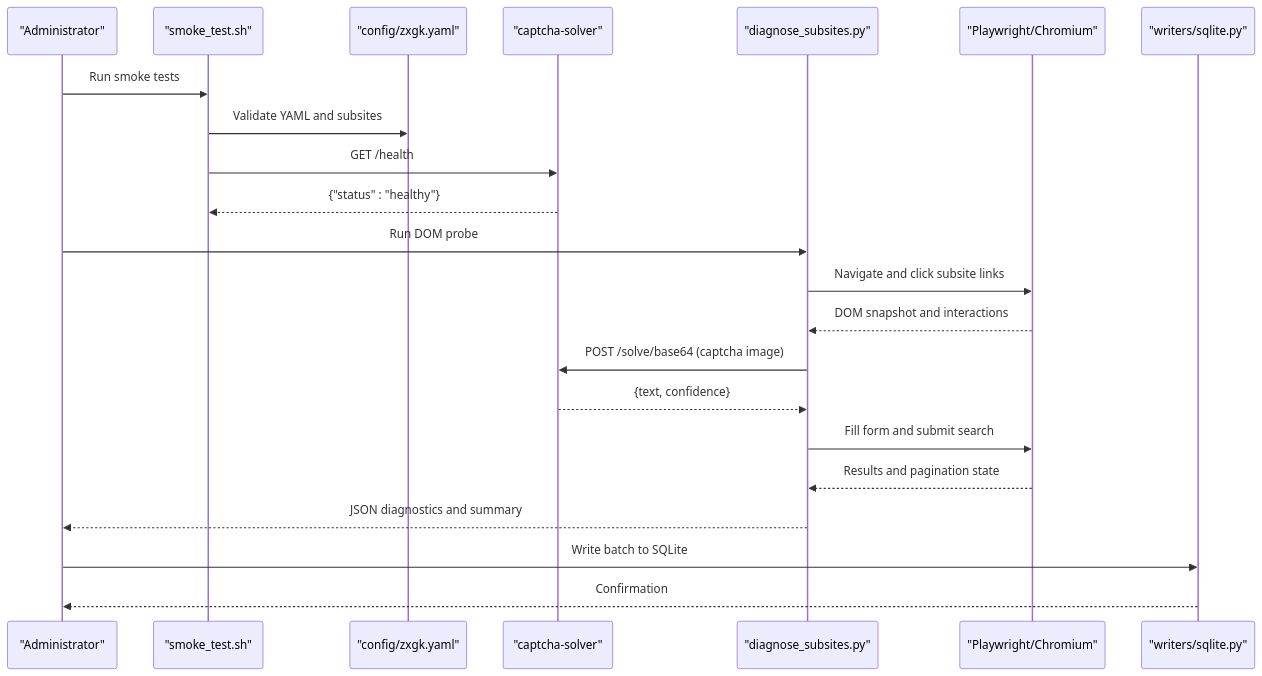
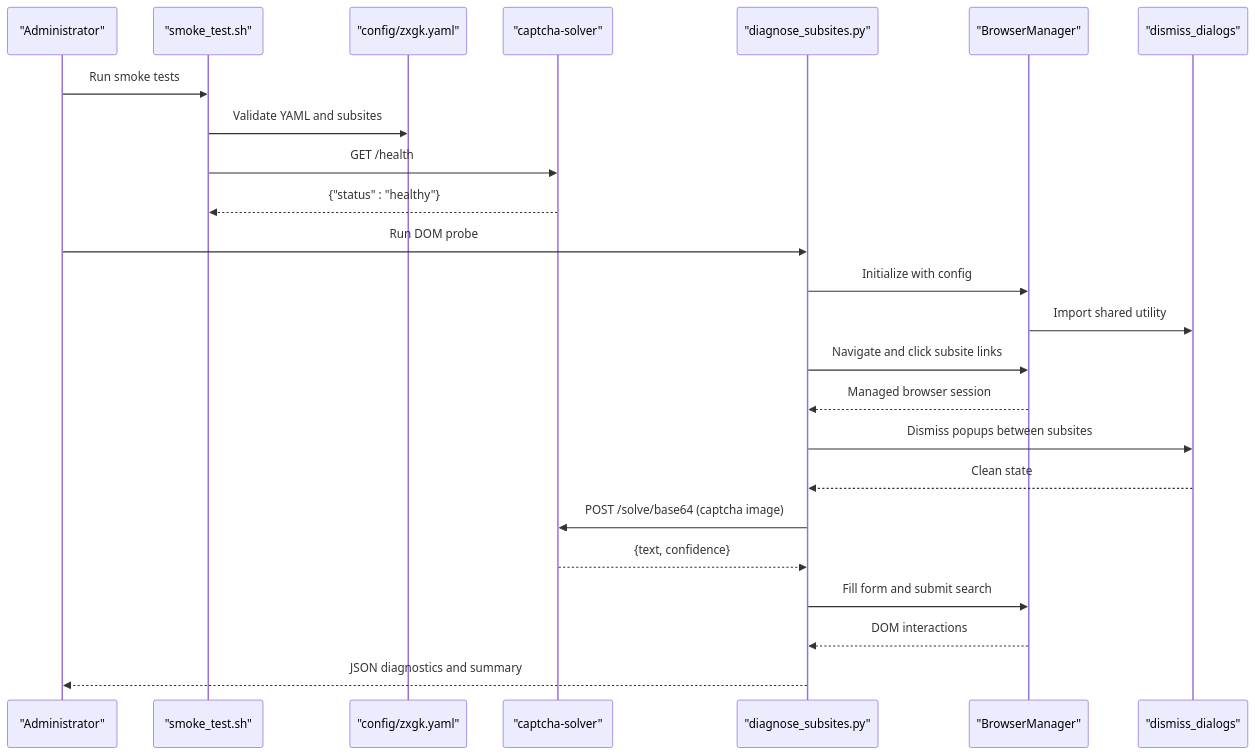
The second of 8 diagrams in .qoder/repowiki/en/content/System Diagnostics.md (supotato-ipj/zxgk_auto_query-skill), drawn with Mermaid before and after one commit. The commit also changed other lines of this file and 24 other files, not shown here.

````diff
--- a/.qoder/repowiki/en/content/System Diagnostics.md
+++ b/.qoder/repowiki/en/content/System Diagnostics.md
@@ -113,24 +136,26 @@
 ```mermaid
 sequenceDiagram
 participant Admin as "Administrator"
 participant Script as "smoke_test.sh"
 participant Config as "config/zxgk.yaml"
 participant OCR as "captcha-solver"
 participant Subsites as "diagnose_subsites.py"
-participant Browser as "Playwright/Chromium"
-participant Store as "writers/sqlite.py"
+participant BM as "BrowserManager"
+participant Dialogs as "dismiss_dialogs"
 Admin->>Script : Run smoke tests
 Script->>Config : Validate YAML and subsites
 Script->>OCR : GET /health
 OCR-->>Script : {"status" : "healthy"}
 Admin->>Subsites : Run DOM probe
-Subsites->>Browser : Navigate and click subsite links
-Browser-->>Subsites : DOM snapshot and interactions
+Subsites->>BM : Initialize with config
+BM->>Dialogs : Import shared utility
+Subsites->>BM : Navigate and click subsite links
+BM-->>Subsites : Managed browser session
+Subsites->>Dialogs : Dismiss popups between subsites
+Dialogs-->>Subsites : Clean state
 Subsites->>OCR : POST /solve/base64 (captcha image)
 OCR-->>Subsites : {text, confidence}
-Subsites->>Browser : Fill form and submit search
-Browser-->>Subsites : Results and pagination state
+Subsites->>BM : Fill form and submit search
+BM-->>Subsites : DOM interactions
 Subsites-->>Admin : JSON diagnostics and summary
-Admin->>Store : Write batch to SQLite
-Store-->>Admin : Confirmation
 ```
````
